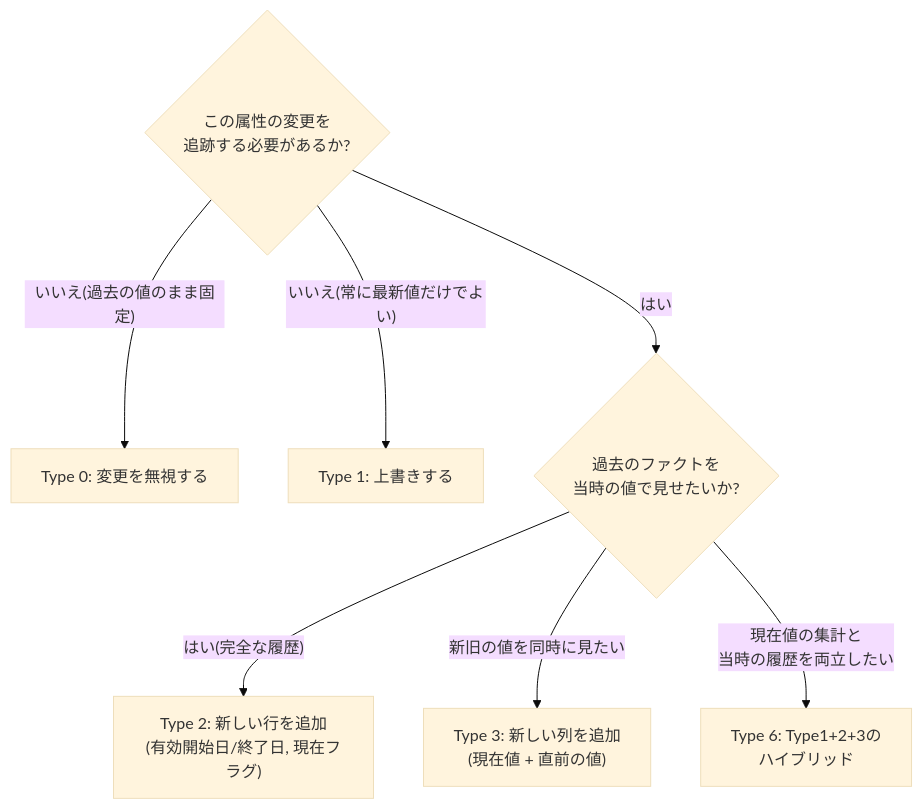
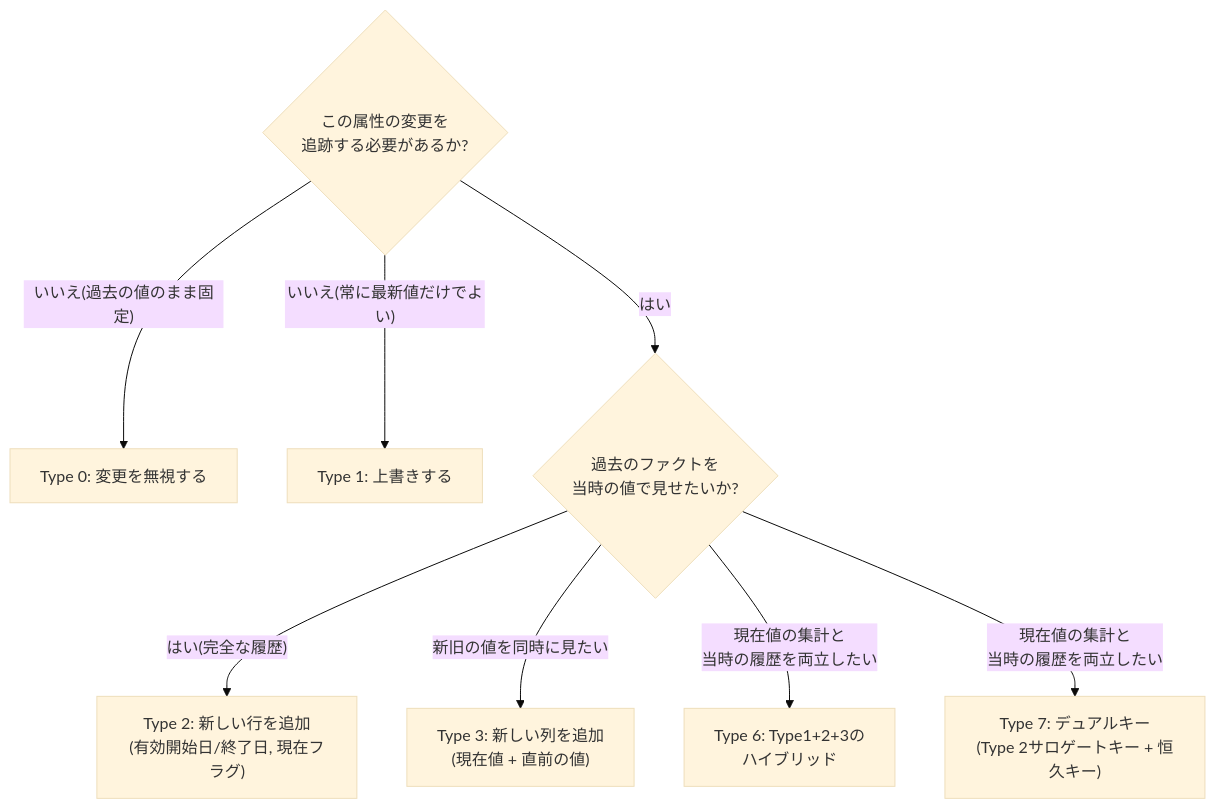
One commit to myoshi2891/Software-Design-and-Architecture changed the eighth of 11 diagrams in Data-warehouse-toolkit-guide.md. Above: the diagram before and after it, drawn with Mermaid (base theme).

Commit message:
docs(data-warehouse-toolkit): SCD選択図の現在値と履歴の両立分岐にType 7（デュアルキー）を追加

````diff
--- a/Data-warehouse-toolkit-guide.md
+++ b/Data-warehouse-toolkit-guide.md
@@ -359,10 +359,11 @@
 ```mermaid
 flowchart TD
     Q1{"この属性の変更を<br/>追跡する必要があるか?"}
     Q1 -->|"いいえ(過去の値のまま固定)"| T0["Type 0: 変更を無視する"]
     Q1 -->|"いいえ(常に最新値だけでよい)"| T1["Type 1: 上書きする"]
     Q1 -->|"はい"| Q2{"過去のファクトを<br/>当時の値で見せたいか?"}
     Q2 -->|"はい(完全な履歴)"| T2["Type 2: 新しい行を追加<br/>(有効開始日/終了日, 現在フラグ)"]
     Q2 -->|"新旧の値を同時に見たい"| T3["Type 3: 新しい列を追加<br/>(現在値 + 直前の値)"]
     Q2 -->|"現在値の集計と<br/>当時の履歴を両立したい"| T6["Type 6: Type1+2+3の<br/>ハイブリッド"]
+    Q2 -->|"現在値の集計と<br/>当時の履歴を両立したい"| T7["Type 7: デュアルキー<br/>(Type 2サロゲートキー + 恒久キー)"]
 ```
````
